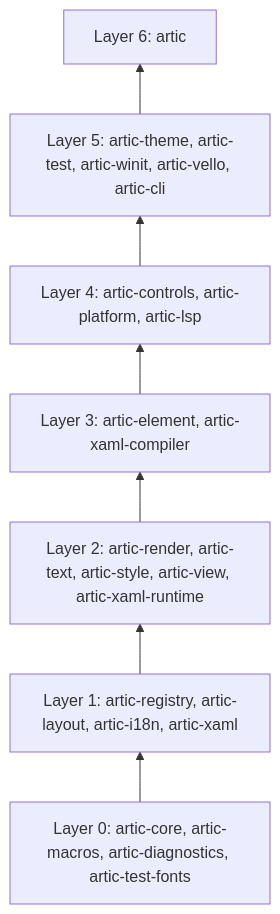
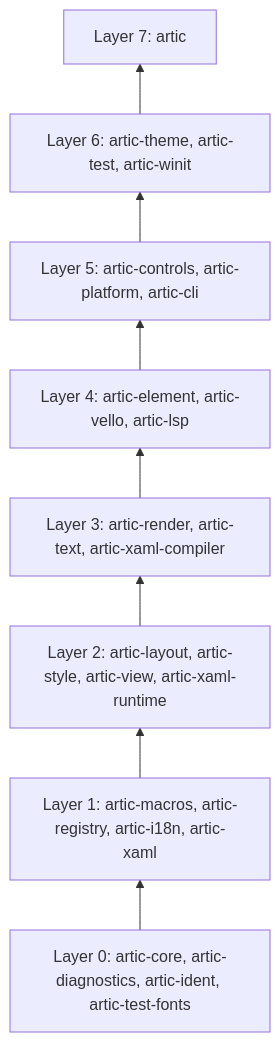
The diagram in README.md (wolfware-labs/artic), drawn with Mermaid before and after one commit. The commit also changed other lines of this file and 33 other files, not shown here.

First line of the commit message:
feat: snake_case view fields, and artic-ident for identifier rules (#331)

````diff
--- a/README.md
+++ b/README.md
@@ -89,11 +90,12 @@
 ```mermaid
 flowchart BT
-  L0["Layer 0: artic-core, artic-macros, artic-diagnostics, artic-test-fonts"]
-  L1["Layer 1: artic-registry, artic-layout, artic-i18n, artic-xaml"]
-  L2["Layer 2: artic-render, artic-text, artic-style, artic-view, artic-xaml-runtime"]
-  L3["Layer 3: artic-element, artic-xaml-compiler"]
-  L4["Layer 4: artic-controls, artic-platform, artic-lsp"]
-  L5["Layer 5: artic-theme, artic-test, artic-winit, artic-vello, artic-cli"]
-  L6["Layer 6: artic"]
-  L0 --> L1 --> L2 --> L3 --> L4 --> L5 --> L6
+  L0["Layer 0: artic-core, artic-diagnostics, artic-ident, artic-test-fonts"]
+  L1["Layer 1: artic-macros, artic-registry, artic-i18n, artic-xaml"]
+  L2["Layer 2: artic-layout, artic-style, artic-view, artic-xaml-runtime"]
+  L3["Layer 3: artic-render, artic-text, artic-xaml-compiler"]
+  L4["Layer 4: artic-element, artic-vello, artic-lsp"]
+  L5["Layer 5: artic-controls, artic-platform, artic-cli"]
+  L6["Layer 6: artic-theme, artic-test, artic-winit"]
+  L7["Layer 7: artic"]
+  L0 --> L1 --> L2 --> L3 --> L4 --> L5 --> L6 --> L7
 ```
````
